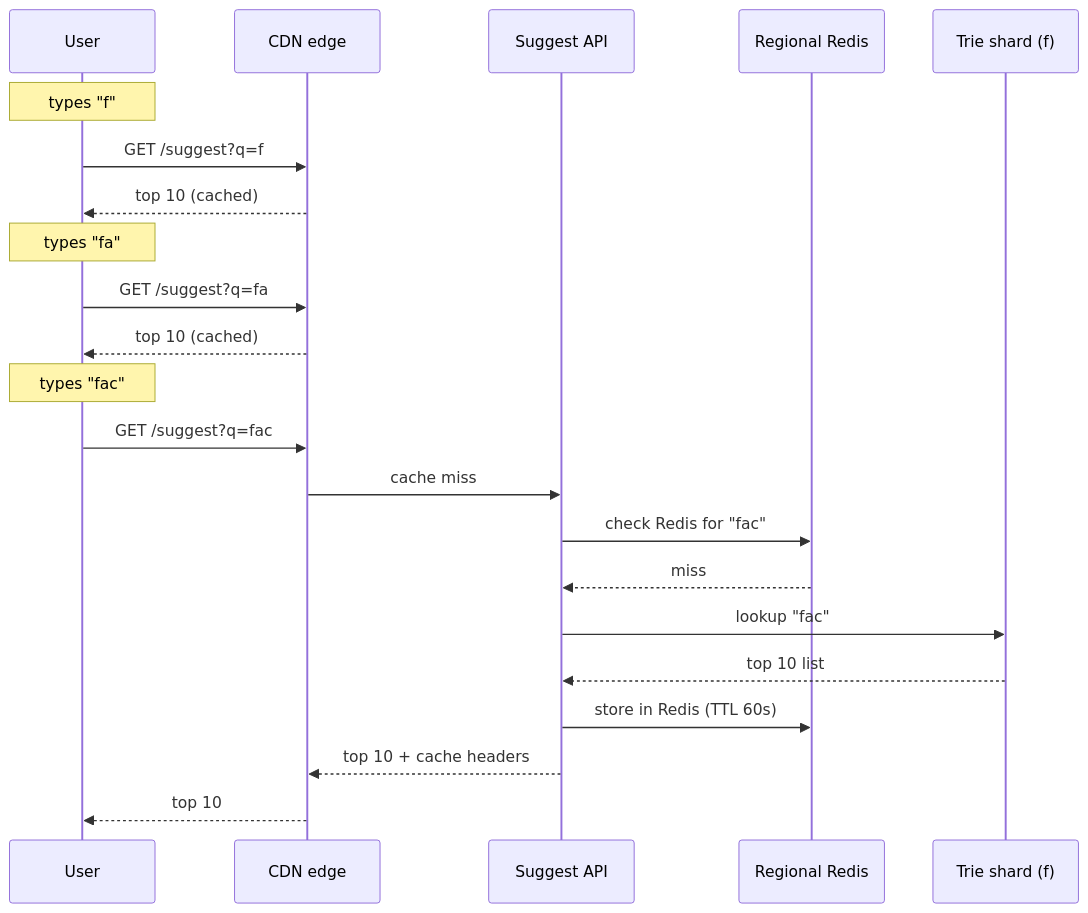
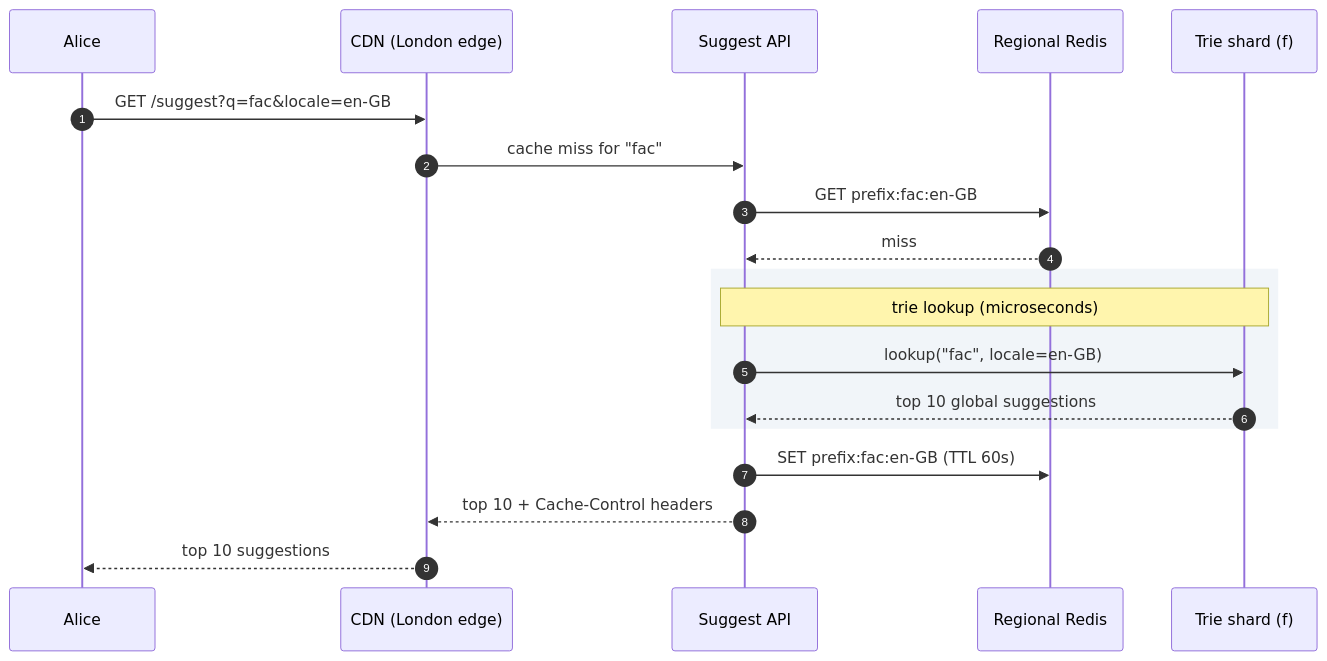
One commit to shiningflash/system-design changed the ninth of 10 diagrams in problems/005-typeahead-autocomplete/question.md. Above: the diagram before and after it, drawn with Mermaid. The commit also changed other lines of this file and 38 other files, not shown here.

````diff
--- a/problems/005-typeahead-autocomplete/question.md
+++ b/problems/005-typeahead-autocomplete/question.md
@@ -295,27 +310,24 @@
 ```mermaid
 sequenceDiagram
-    participant U as User
-    participant CDN as CDN edge
+    autonumber
+    participant Alice
+    participant CDN as CDN (London edge)
     participant API as Suggest API
     participant R as Regional Redis
     participant T as Trie shard (f)
 
-    Note over U: types "f"
-    U->>CDN: GET /suggest?q=f
-    CDN-->>U: top 10 (cached)
+    Alice->>CDN: GET /suggest?q=fac&locale=en-GB
+    CDN->>API: cache miss for "fac"
+    API->>R: GET prefix:fac:en-GB
+    R-->>API: miss
 
-    Note over U: types "fa"
-    U->>CDN: GET /suggest?q=fa
-    CDN-->>U: top 10 (cached)
+    rect rgb(241, 245, 249)
+        Note over API,T: trie lookup (microseconds)
+        API->>T: lookup("fac", locale=en-GB)
+        T-->>API: top 10 global suggestions
+    end
 
-    Note over U: types "fac"
-    U->>CDN: GET /suggest?q=fac
-    CDN->>API: cache miss
-    API->>R: check Redis for "fac"
-    R-->>API: miss
-    API->>T: lookup "fac"
-    T-->>API: top 10 list
-    API->>R: store in Redis (TTL 60s)
-    API-->>CDN: top 10 + cache headers
-    CDN-->>U: top 10
+    API->>R: SET prefix:fac:en-GB (TTL 60s)
+    API-->>CDN: top 10 + Cache-Control headers
+    CDN-->>Alice: top 10 suggestions
 ```
````
